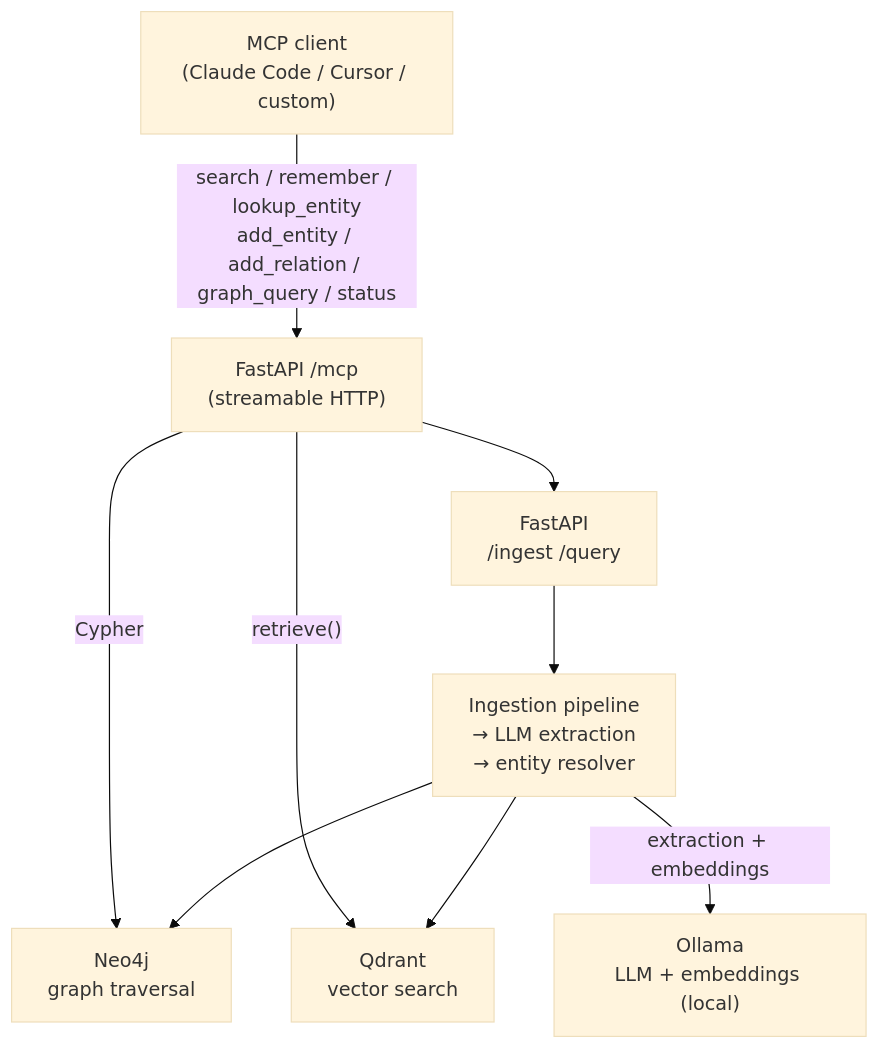
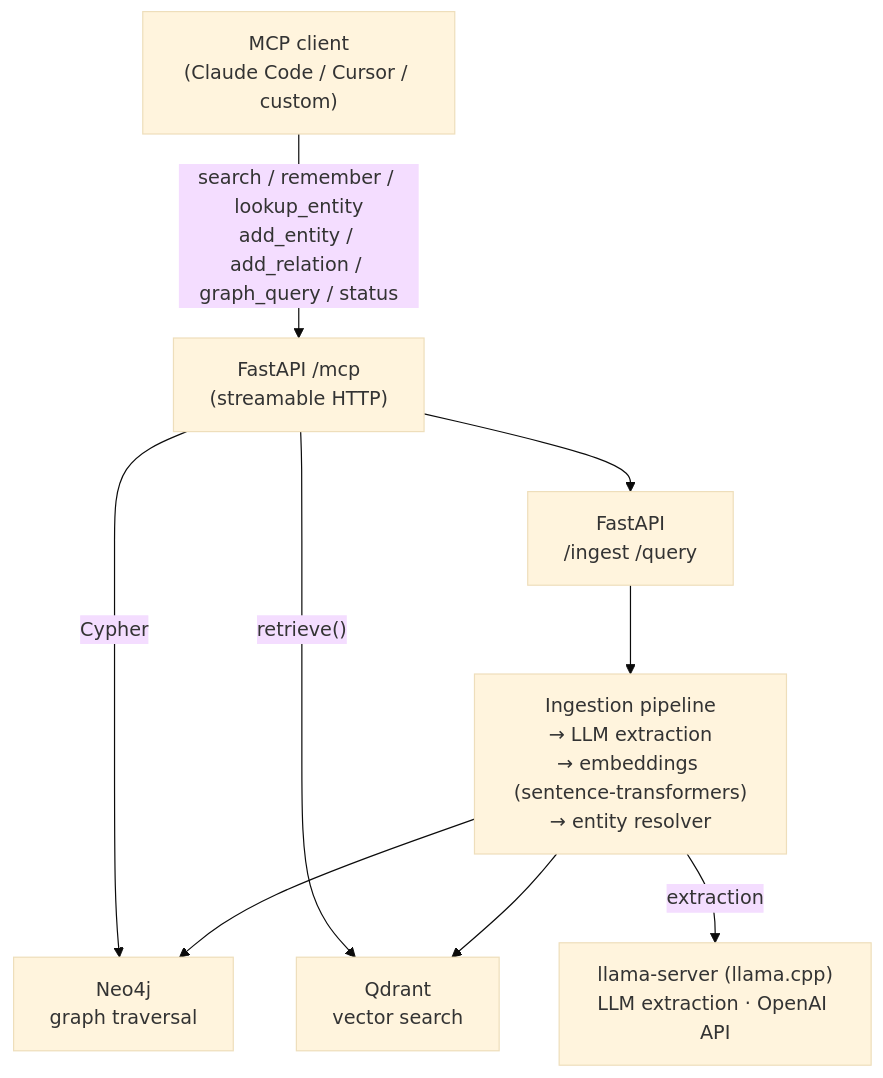
The diagram in README.md (ben-kahl/landscape), drawn with Mermaid (base theme) before and after one commit. The commit also changed other lines of this file, not shown here.

First line of the commit message:
docs(readme): replace Ollama with llama-server; refresh setup

````diff
--- a/README.md
+++ b/README.md
@@ -37,19 +38,19 @@
 ```mermaid
 graph TD
     Client["MCP client\n(Claude Code / Cursor / custom)"]
     MCP["FastAPI /mcp\n(streamable HTTP)"]
     API["FastAPI\n/ingest  /query"]
-    Pipeline["Ingestion pipeline\n→ LLM extraction\n→ entity resolver"]
+    Pipeline["Ingestion pipeline\n→ LLM extraction\n→ embeddings (sentence-transformers)\n→ entity resolver"]
     Neo4j["Neo4j\ngraph traversal"]
     Qdrant["Qdrant\nvector search"]
-    Ollama["Ollama\nLLM + embeddings (local)"]
+    Llama["llama-server (llama.cpp)\nLLM extraction · OpenAI API"]
 
     Client -->|"search / remember / lookup_entity\nadd_entity / add_relation / graph_query / status"| MCP
     MCP --> API
     API --> Pipeline
     Pipeline --> Neo4j
     Pipeline --> Qdrant
-    Pipeline -->|"extraction + embeddings"| Ollama
+    Pipeline -->|"extraction"| Llama
     MCP -->|"retrieve()"| Qdrant
     MCP -->|"Cypher"| Neo4j
 ```
````
